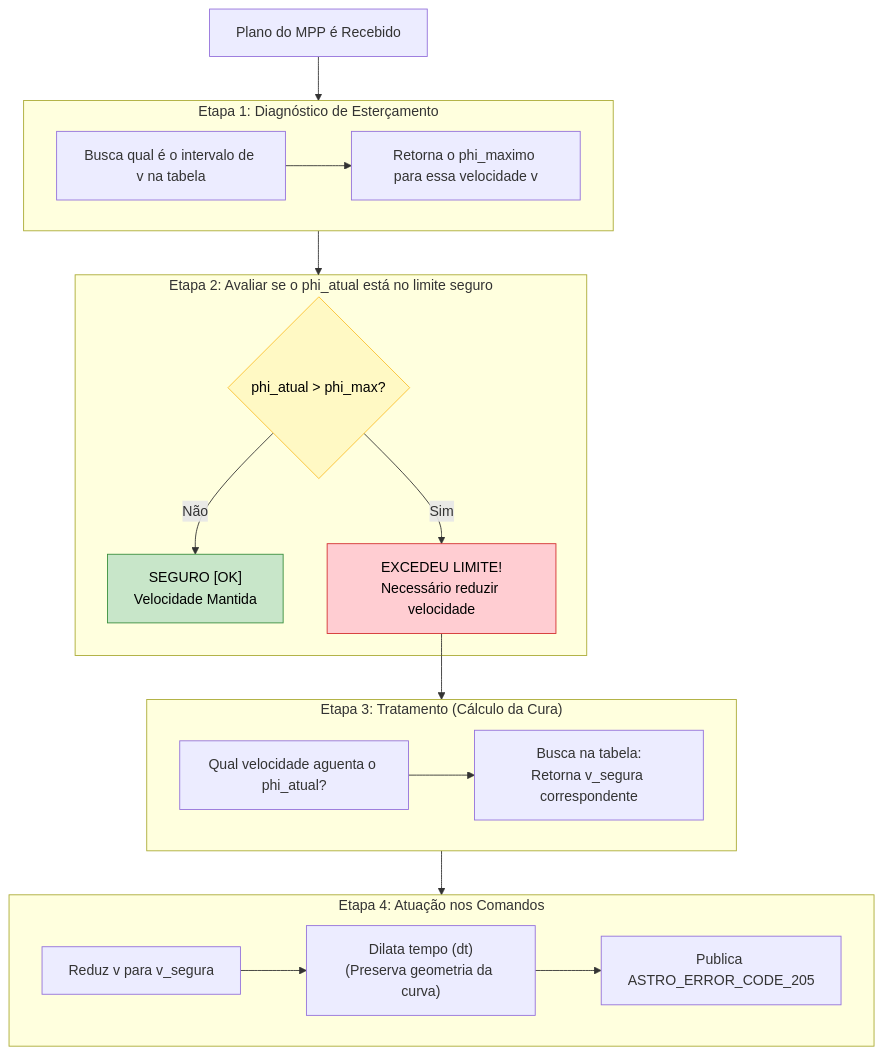
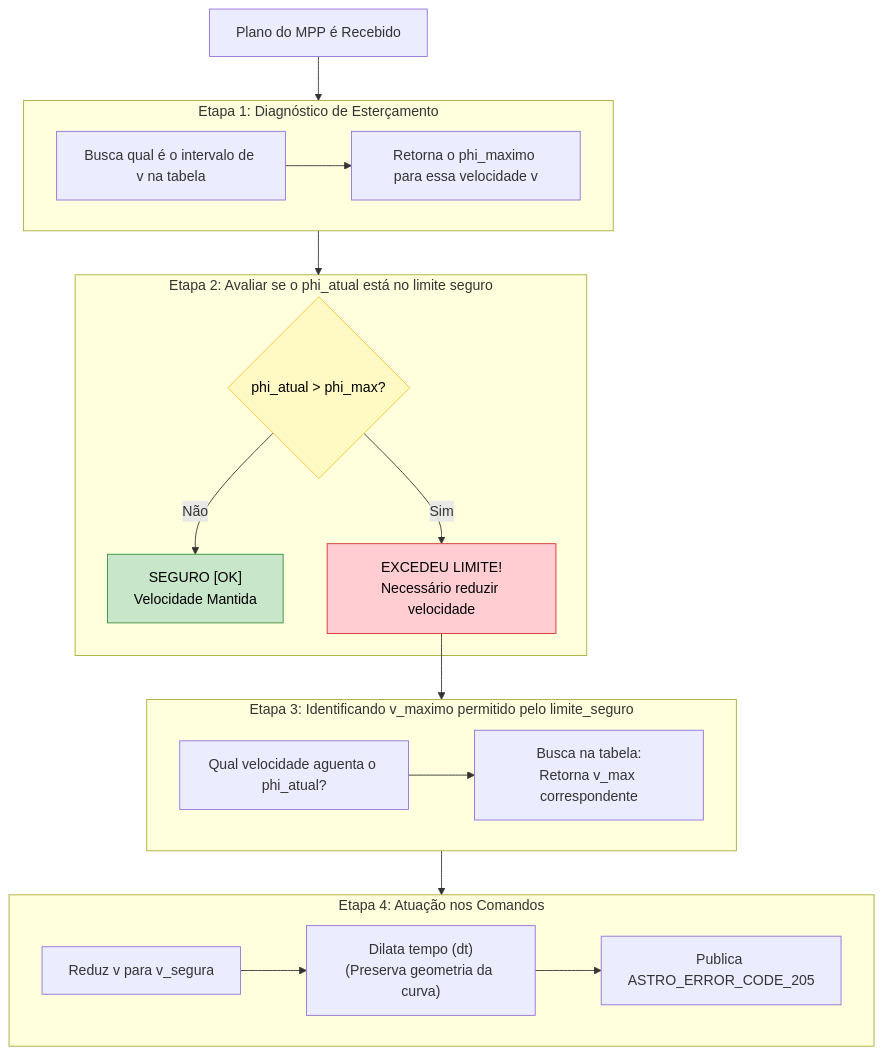
Before and after one commit to BrenoCSilva/lume: the second of 2 diagrams in README.md, drawn with Mermaid.

````diff
--- a/README.md
+++ b/README.md
@@ -58,37 +58,37 @@
 ```mermaid
 flowchart TD
     CMD["Plano do MPP é Recebido"] --> E1
     
     subgraph E1 ["Etapa 1: Diagnóstico de Esterçamento"]
         D1["Busca qual é o intervalo de v na tabela"]
         D1 --> D2["Retorna o phi_maximo para essa velocidade v"]
     end
     
     E1 --> E2
     
     subgraph E2 ["Etapa 2: Avaliar se o phi_atual está no limite seguro"]
         C1{"phi_atual > phi_max?"}
         C1 -->|Não| OK["SEGURO [OK]<br>Velocidade Mantida"]
         C1 -->|Sim| ALERTA["EXCEDEU LIMITE!<br>Necessário reduzir velocidade"]
     end
     
     ALERTA --> E3
     
-    subgraph E3 ["Etapa 3: Tratamento (Cálculo da Cura)"]
+    subgraph E3 ["Etapa 3: Identificando v_maximo permitido pelo limite_seguro"]
         T1["Qual velocidade aguenta o phi_atual?"]
-        T1 --> T2["Busca na tabela:<br>Retorna v_segura correspondente"]
+        T1 --> T2["Busca na tabela:<br>Retorna v_max correspondente"]
     end
     
     E3 --> E4
     
     subgraph E4 ["Etapa 4: Atuação nos Comandos"]
         A1["Reduz v para v_segura"]
         A2["Dilata tempo (dt)<br>(Preserva geometria da curva)"]
         A3["Publica ASTRO_ERROR_CODE_205"]
         A1 --> A2 --> A3
     end
 
     style OK fill:#c8e6c9,stroke:#388e3c,color:#000
     style ALERTA fill:#ffcdd2,stroke:#d32f2f,color:#000
     style C1 fill:#fff9c4,stroke:#fbc02d,color:#000
 ```
````
